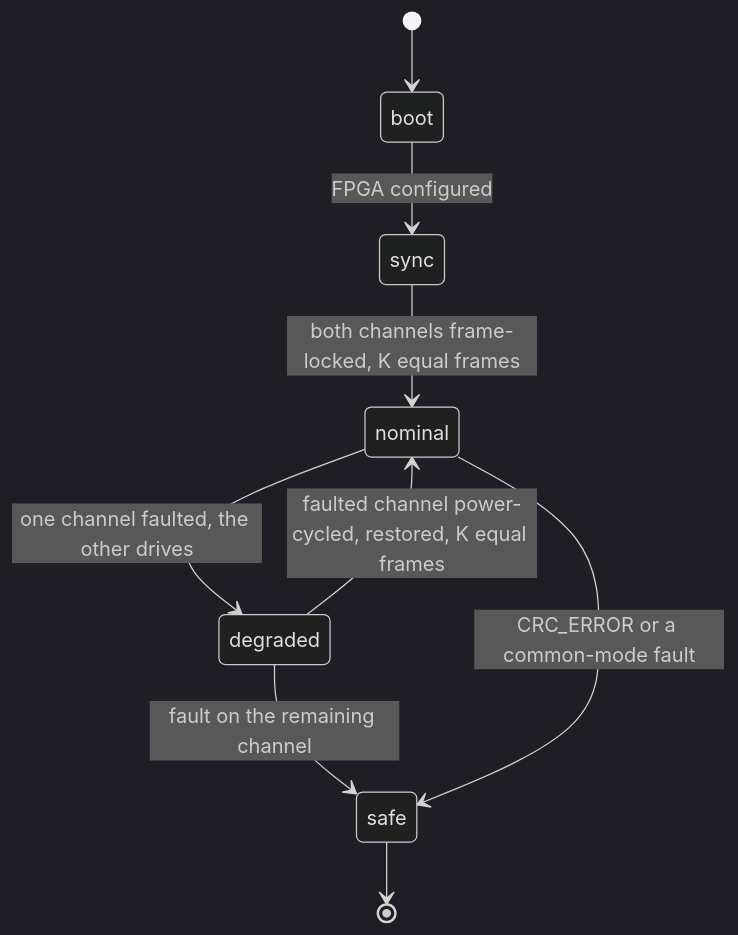
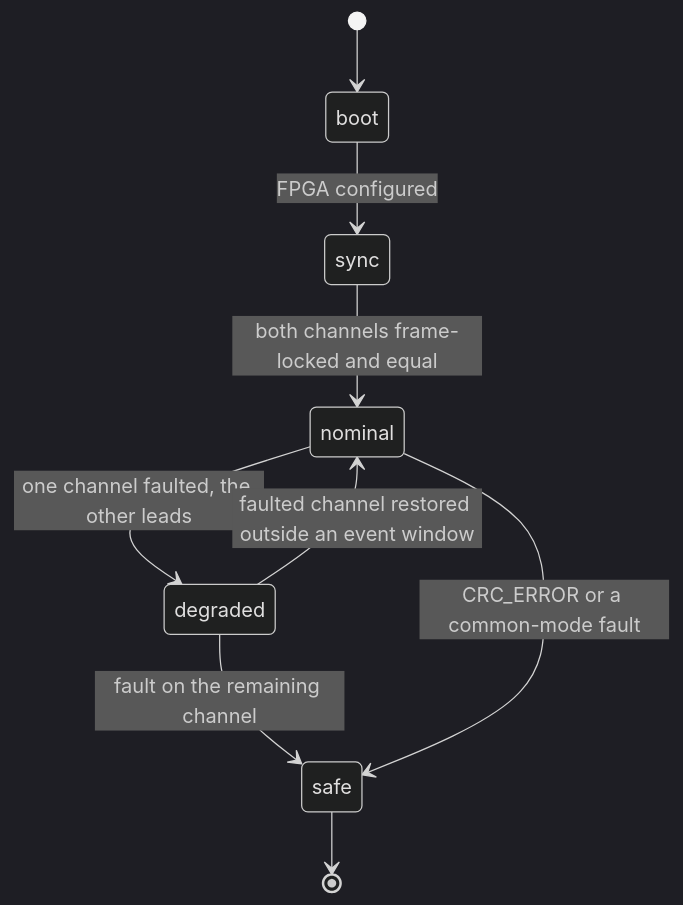
Before and after one commit to spaceadler/EAGLE: the second of 2 diagrams in docs/adr/ADR-02-fault-tolerance.md, drawn with Mermaid (dark theme). The commit also changed other lines of this file and 3 other files, not shown here.

````diff
--- a/docs/adr/ADR-02-fault-tolerance.md
+++ b/docs/adr/ADR-02-fault-tolerance.md
@@ -236,11 +249,11 @@
 ```mermaid
 stateDiagram-v2
     [*] --> boot
     boot --> sync: FPGA configured
-    sync --> nominal: both channels frame-locked, K equal frames
-    nominal --> degraded: one channel faulted, the other drives
-    degraded --> nominal: faulted channel power-cycled, restored, K equal frames
+    sync --> nominal: both channels frame-locked and equal
+    nominal --> degraded: one channel faulted, the other leads
+    degraded --> nominal: faulted channel restored outside an event window
     degraded --> safe: fault on the remaining channel
     nominal --> safe: CRC_ERROR or a common-mode fault
     safe --> [*]
 ```
````
